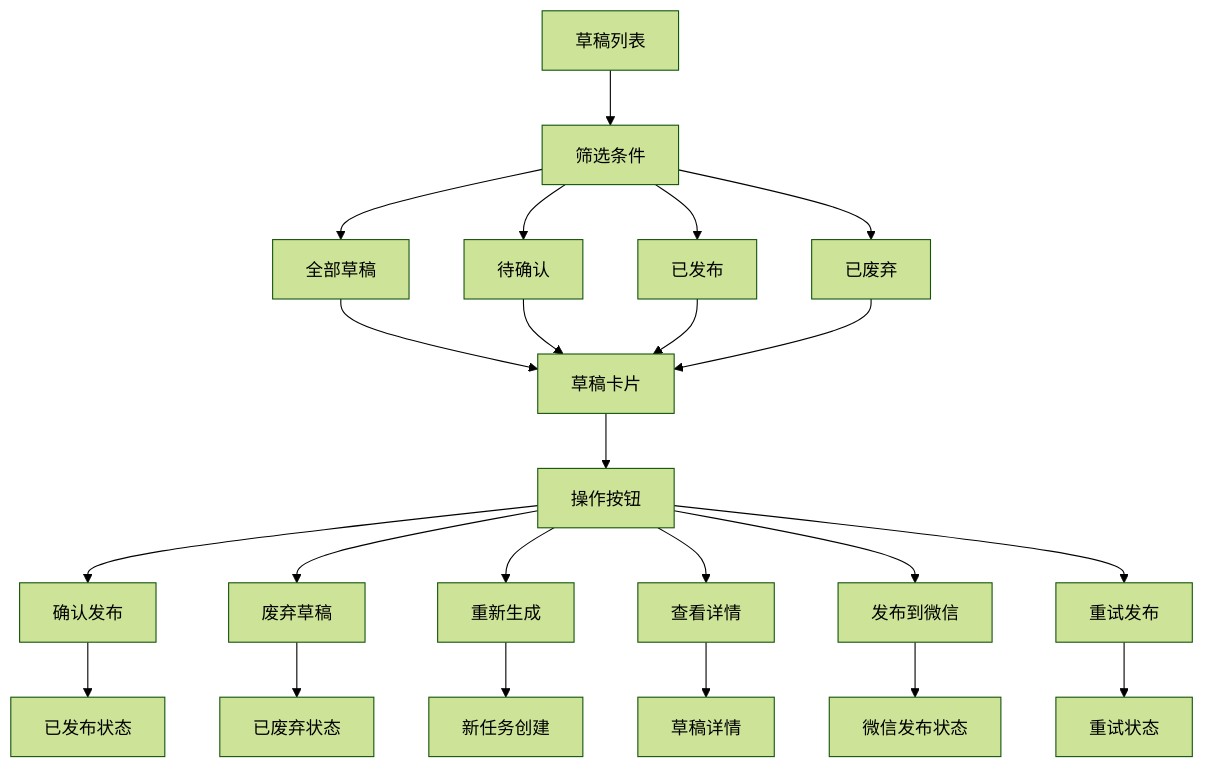
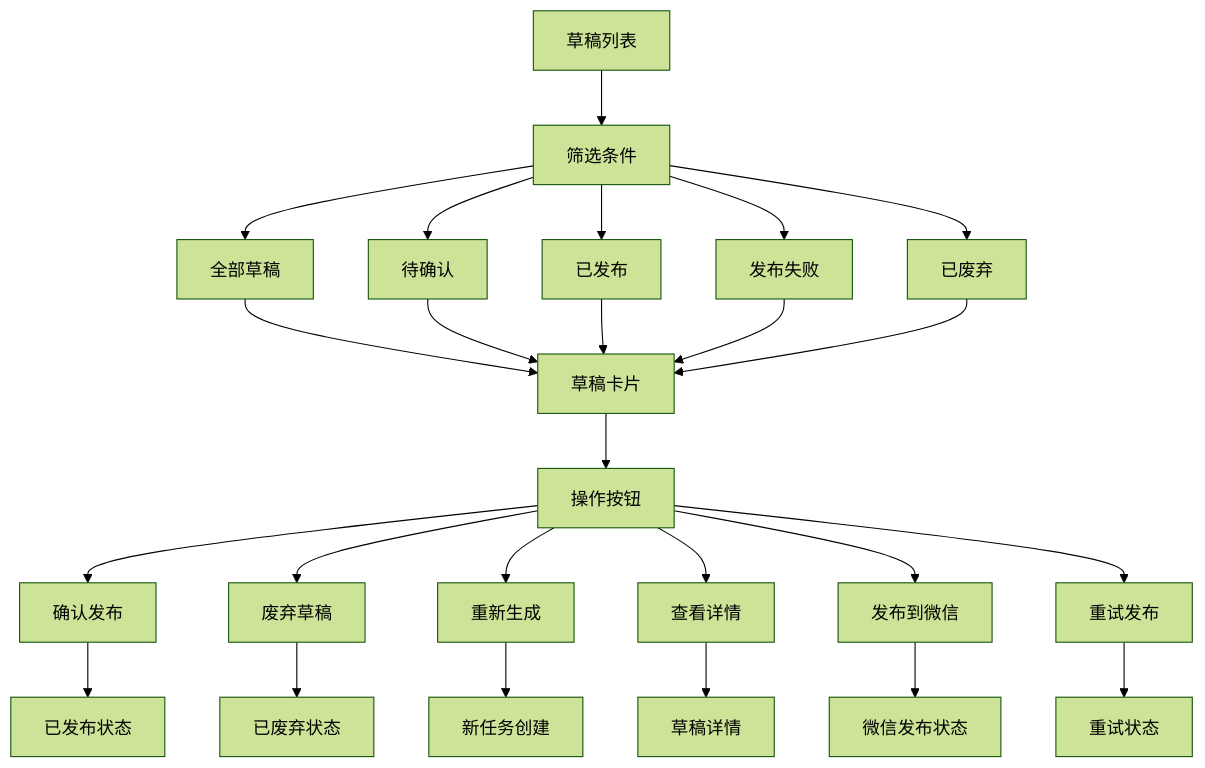
Before and after one commit to sansansansansan2022-web/hotclaw: diagram 19 of 26 in .qoder/repowiki/zh/content/后端开发/草稿管理系统.md, drawn with Mermaid (forest theme). The commit also changed other lines of this file and 860 other files, not shown here.

````diff
--- a/.qoder/repowiki/zh/content/后端开发/草稿管理系统.md
+++ b/.qoder/repowiki/zh/content/后端开发/草稿管理系统.md
@@ -951,25 +958,27 @@
 ```mermaid
 flowchart TD
 Drafts[草稿列表] --> Filters[筛选条件]
 Filters --> TabAll[全部草稿]
 Filters --> TabPending[待确认]
 Filters --> TabPublished[已发布]
+Filters --> TabFailed[发布失败]
 Filters --> TabDiscarded[已废弃]
 TabAll --> DraftItem[草稿卡片]
 TabPending --> DraftItem
 TabPublished --> DraftItem
+TabFailed --> DraftItem
 TabDiscarded --> DraftItem
 DraftItem --> Actions[操作按钮]
 Actions --> Confirm[确认发布]
 Actions --> Discard[废弃草稿]
 Actions --> Rerun[重新生成]
 Actions --> Detail[查看详情]
 Actions --> WeChatPublish[发布到微信]
 Actions --> RetryPublish[重试发布]
 Confirm --> Published[已发布状态]
 Discard --> Discarded[已废弃状态]
 Rerun --> NewTask[新任务创建]
 Detail --> DraftDetail[草稿详情]
 WeChatPublish --> WeChatStatus[微信发布状态]
 RetryPublish --> RetryStatus[重试状态]
 ```
````
